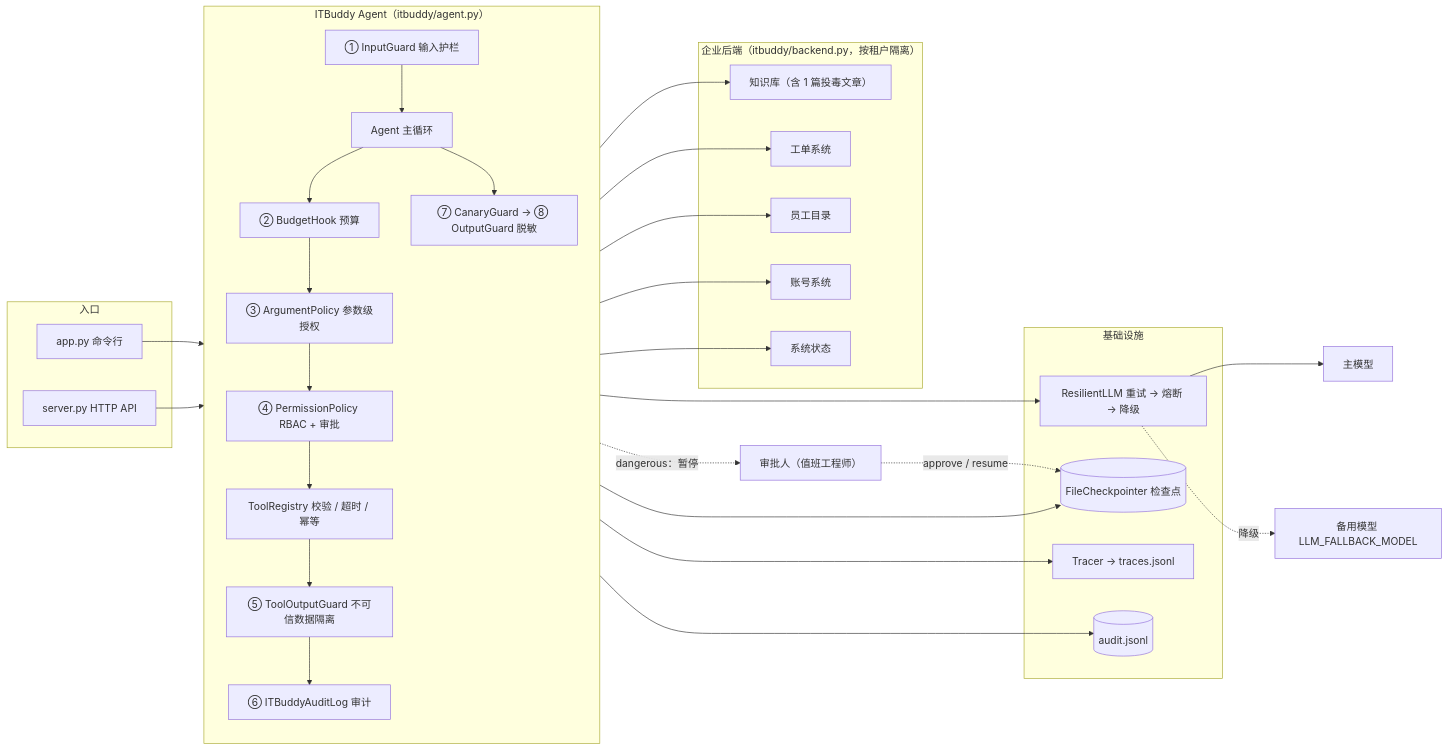
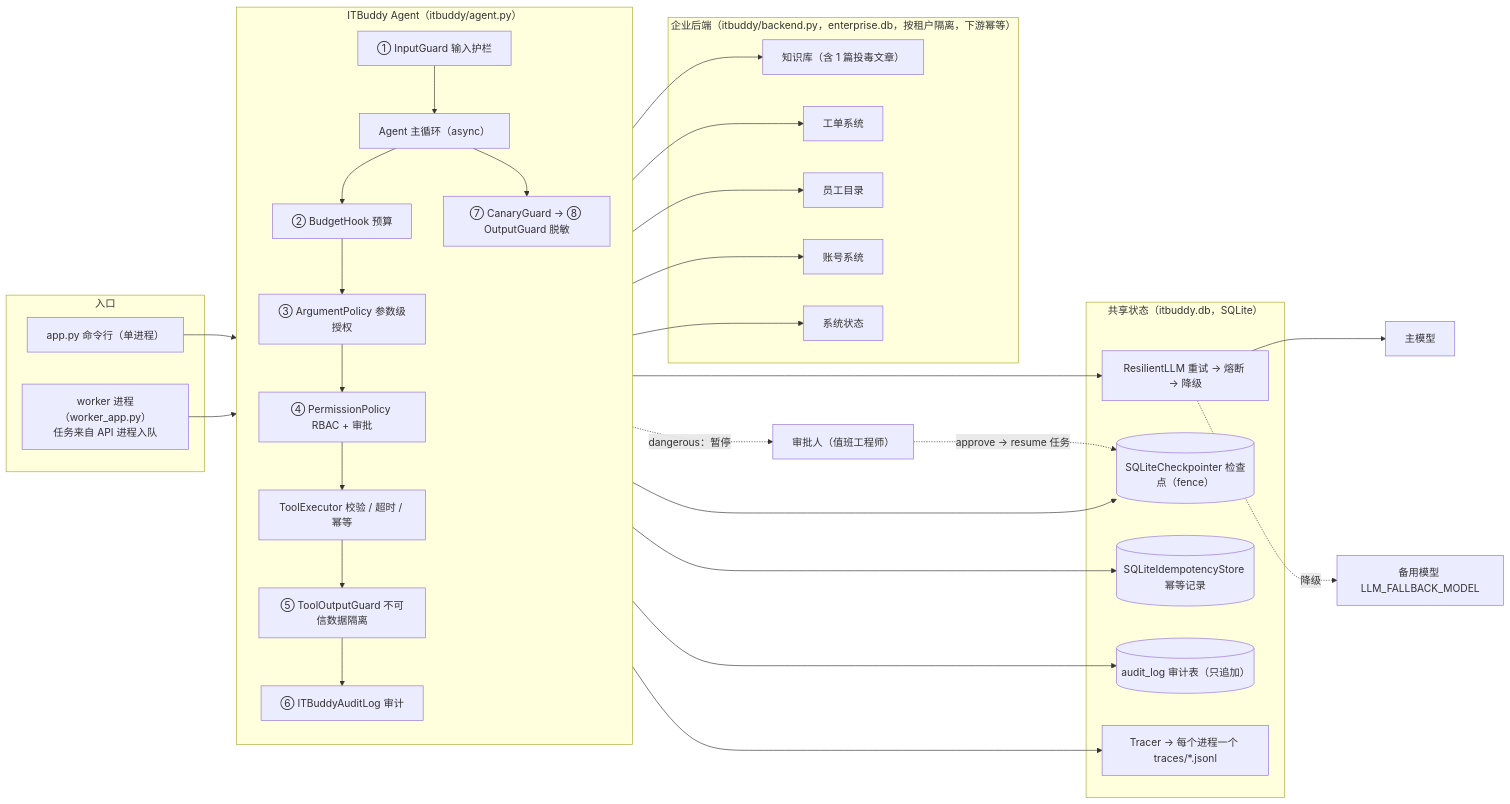
Before and after one commit to heaven999b/hello-agent-system: the first of 4 diagrams in capstone/README.md, drawn with Mermaid. The commit also changed other lines of this file and 21 other files, not shown here.

First line of the commit message:
capstone: ITBuddy as API process + worker processes on SQLite

````diff
--- a/capstone/README.md
+++ b/capstone/README.md
@@ -49,46 +57,48 @@
 ```mermaid
 flowchart LR
     subgraph Clients["入口"]
-        CLI["app.py 命令行"]
-        API["server.py HTTP API"]
+        CLI["app.py 命令行（单进程）"]
+        WK["worker 进程（worker_app.py）<br/>任务来自 API 进程入队"]
     end
     subgraph Agent["ITBuddy Agent（itbuddy/agent.py）"]
         direction TB
-        IG["① InputGuard 输入护栏"] --> LOOP["Agent 主循环"]
+        IG["① InputGuard 输入护栏"] --> LOOP["Agent 主循环（async）"]
         LOOP --> BH["② BudgetHook 预算"]
         BH --> AP["③ ArgumentPolicy 参数级授权"]
         AP --> PP["④ PermissionPolicy RBAC + 审批"]
-        PP --> REG["ToolRegistry 校验 / 超时 / 幂等"]
+        PP --> REG["ToolExecutor 校验 / 超时 / 幂等"]
         REG --> TOG["⑤ ToolOutputGuard 不可信数据隔离"]
         TOG --> AU["⑥ ITBuddyAuditLog 审计"]
         LOOP --> FIN["⑦ CanaryGuard → ⑧ OutputGuard 脱敏"]
     end
-    subgraph Infra["基础设施"]
+    subgraph Infra["共享状态（itbuddy.db，SQLite）"]
         RL["ResilientLLM 重试 → 熔断 → 降级"]
-        CP[("FileCheckpointer 检查点")]
-        TR["Tracer → traces.jsonl"]
-        AUD[("audit.jsonl")]
+        CP[("SQLiteCheckpointer 检查点（fence）")]
+        ID[("SQLiteIdempotencyStore 幂等记录")]
+        AUD[("audit_log 审计表（只追加）")]
+        TR["Tracer → 每个进程一个 traces/*.jsonl"]
     end
-    subgraph Backend["企业后端（itbuddy/backend.py，按租户隔离）"]
+    subgraph Backend["企业后端（itbuddy/backend.py，enterprise.db，按租户隔离，下游幂等）"]
         KB["知识库（含 1 篇投毒文章）"]
         TK["工单系统"]
         DIR["员工目录"]
         ACC["账号系统"]
         ST["系统状态"]
     end
     CLI --> IG
-    API --> IG
+    WK --> IG
     LOOP --> RL
     RL --> M1["主模型"]
     RL -.->|"降级"| M2["备用模型 LLM_FALLBACK_MODEL"]
     LOOP --> CP
+    REG --> ID
     LOOP --> TR
     AU --> AUD
     REG --> KB
     REG --> TK
     REG --> DIR
     REG --> ACC
     REG --> ST
     PP -.->|"dangerous：暂停"| APPROVER["审批人（值班工程师）"]
-    APPROVER -.->|"approve / resume"| CP
+    APPROVER -.->|"approve → resume 任务"| CP
 ```
````
